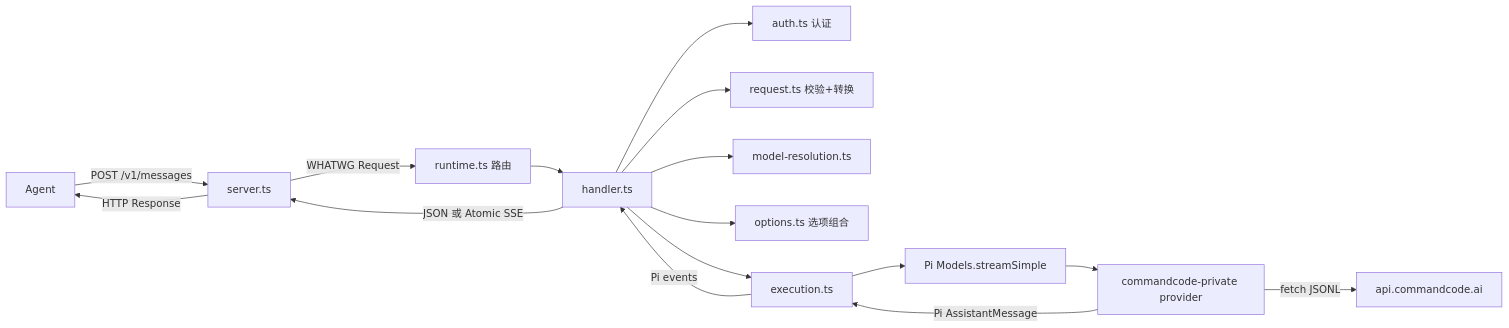
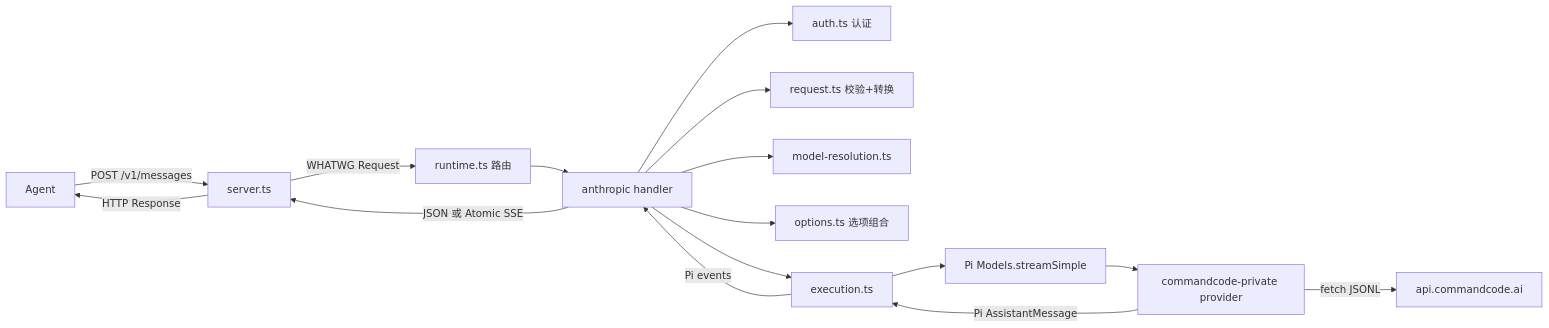
Before and after one commit to keeplearning2026/LuckyToken: the first of 2 diagrams in doc/ProjectAnalysis.md, drawn with Mermaid. The commit also changed other lines of this file and 21 other files, not shown here.

Commit message:
Simplify runtime architecture and remove obsolete code

````diff
--- a/doc/ProjectAnalysis.md
+++ b/doc/ProjectAnalysis.md
@@ -68,18 +81,18 @@
 ```mermaid
 flowchart LR
     Agent["Agent"] -->|POST /v1/messages| S["server.ts"]
     S -->|WHATWG Request| RT["runtime.ts 路由"]
-    RT --> H["handler.ts"]
+    RT --> H["anthropic handler"]
     H --> A["auth.ts 认证"]
     H --> V["request.ts 校验+转换"]
     H --> M["model-resolution.ts"]
     H --> O["options.ts 选项组合"]
     H --> E["execution.ts"]
     E --> P["Pi Models.streamSimple"]
     P --> C["commandcode-private provider"]
     C -->|fetch JSONL| UP["api.commandcode.ai"]
     C -->|Pi AssistantMessage| E
     E -->|Pi events| H
     H -->|JSON 或 Atomic SSE| S
     S -->|HTTP Response| Agent
 ```
````
